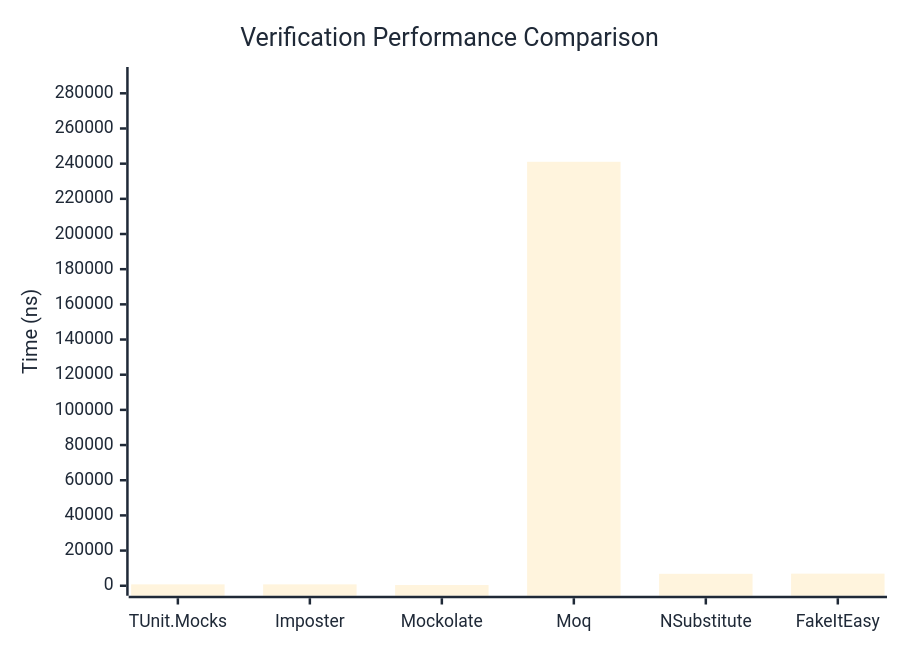
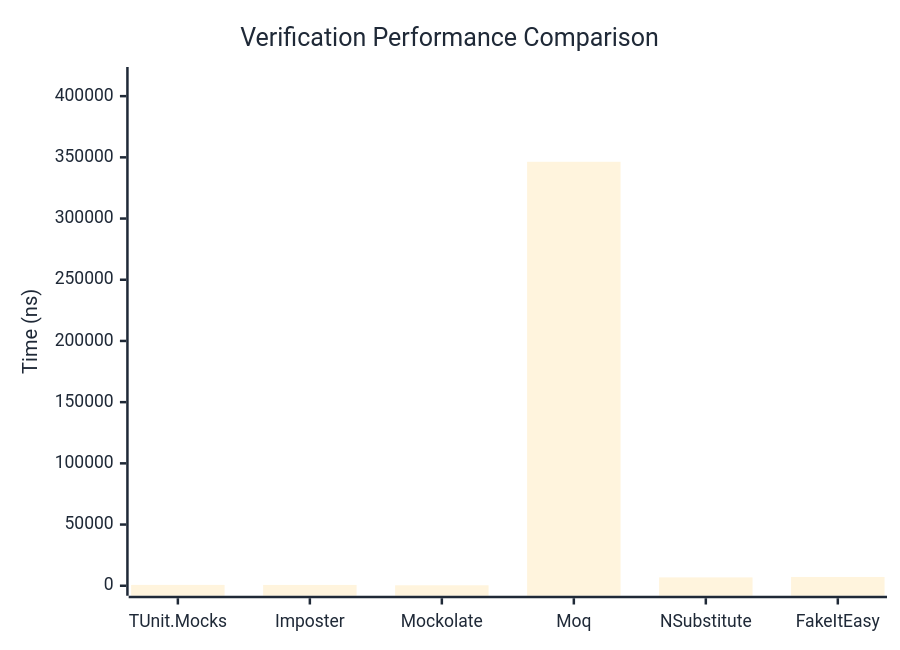
Before and after one commit to thomhurst/TUnit: the first of 3 diagrams in docs/docs/benchmarks/mocks/Verification.md, drawn with Mermaid. The commit also changed other lines of this file and 14 other files, not shown here.

````diff
--- a/docs/docs/benchmarks/mocks/Verification.md
+++ b/docs/docs/benchmarks/mocks/Verification.md
@@ -30,27 +30,27 @@
 ```mermaid
 %%{init: {
   'theme':'base',
   'themeVariables': {
     'primaryColor': '#2563eb',
     'primaryTextColor': '#1f2937',
     'primaryBorderColor': '#1e40af',
     'lineColor': '#6b7280',
     'secondaryColor': '#7c3aed',
     'tertiaryColor': '#dc2626',
     'background': '#ffffff',
     'pie1': '#2563eb',
     'pie2': '#7c3aed',
     'pie3': '#dc2626',
     'pie4': '#f59e0b',
     'pie5': '#10b981',
     'pie6': '#06b6d4',
     'pie7': '#ec4899',
     'pie8': '#6366f1'
   }
 }}%%
 xychart-beta
   title "Verification Performance Comparison"
   x-axis ["TUnit.Mocks", "Imposter", "Mockolate", "Moq", "NSubstitute", "FakeItEasy"]
-  y-axis "Time (ns)" 0 --> 289275
-  bar [796.36, 794.44, 405.51, 241062.02, 6785.64, 6875.33]
+  y-axis "Time (ns)" 0 --> 415641
+  bar [678.86, 671.57, 382.04, 346367.42, 6822.6, 7175.01]
 ```
````
